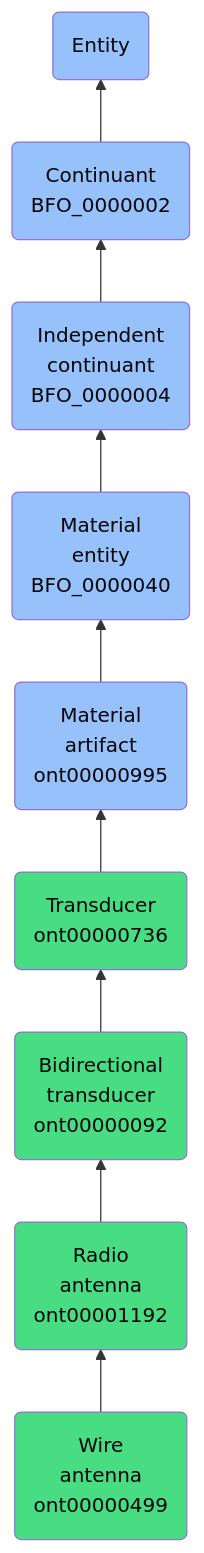
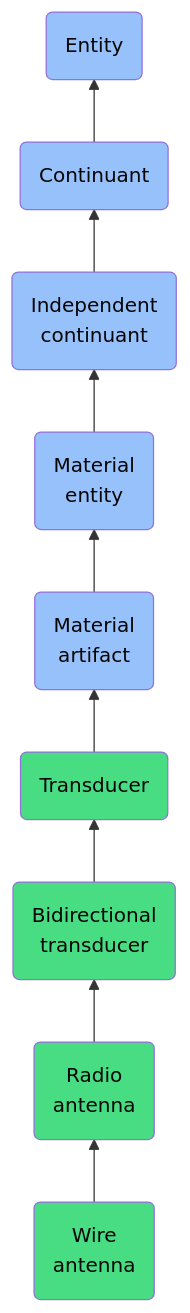
One commit to jupyter-naas/abi changed the diagram in docs/ontology/reference/model/Entity/Continuant/Independent continuant/Material entity/Material artifact/Transducer/Bidirectional transducer/Radio antenna/Wire antenna/Wire antenna.md. Above: the diagram before and after it, drawn with Mermaid. The commit also changed other lines of this file and 1430 other files, not shown here.

````diff
--- a/docs/ontology/reference/model/Entity/Continuant/Independent continuant/Material entity/Material artifact/Transducer/Bidirectional transducer/Radio antenna/Wire antenna/Wire antenna.md
+++ b/docs/ontology/reference/model/Entity/Continuant/Independent continuant/Material entity/Material artifact/Transducer/Bidirectional transducer/Radio antenna/Wire antenna/Wire antenna.md
@@ -24,16 +24,16 @@
 ```mermaid
 graph BT
-    ont00000499(Wire<br>antenna<br>ont00000499):::ABI-->ont00001192
-    ont00001192(Radio<br>antenna<br>ont00001192):::ABI-->ont00000092
-    ont00000092(Bidirectional<br>transducer<br>ont00000092):::ABI-->ont00000736
-    ont00000736(Transducer<br>ont00000736):::ABI-->ont00000995
-    ont00000995(Material<br>artifact<br>ont00000995):::BFO-->BFO_0000040
-    BFO_0000040(Material<br>entity<br>BFO_0000040):::BFO-->BFO_0000004
-    BFO_0000004(Independent<br>continuant<br>BFO_0000004):::BFO-->BFO_0000002
-    BFO_0000002(Continuant<br>BFO_0000002):::BFO-->BFO_0000001
+    ont00000499(Wire<br>antenna):::ABI-->ont00001192
+    ont00001192(Radio<br>antenna):::ABI-->ont00000092
+    ont00000092(Bidirectional<br>transducer):::ABI-->ont00000736
+    ont00000736(Transducer):::ABI-->ont00000995
+    ont00000995(Material<br>artifact):::BFO-->BFO_0000040
+    BFO_0000040(Material<br>entity):::BFO-->BFO_0000004
+    BFO_0000004(Independent<br>continuant):::BFO-->BFO_0000002
+    BFO_0000002(Continuant):::BFO-->BFO_0000001
     BFO_0000001(Entity):::BFO
     
     classDef BFO fill:#97c1fb,color:#060606
     classDef CCO fill:#e4c51e,color:#060606
     classDef ABI fill:#48DD82,color:#060606
 ```
````
